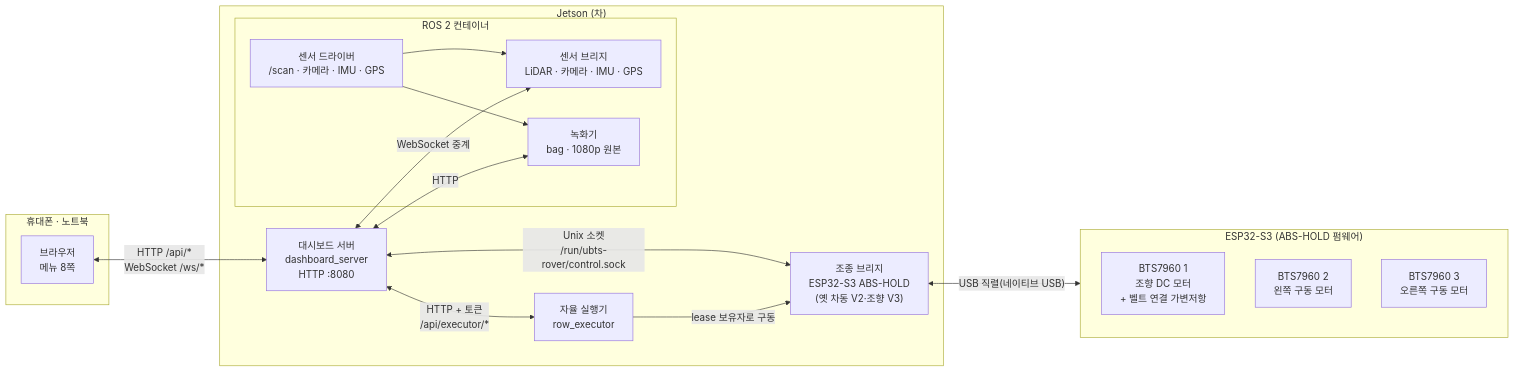
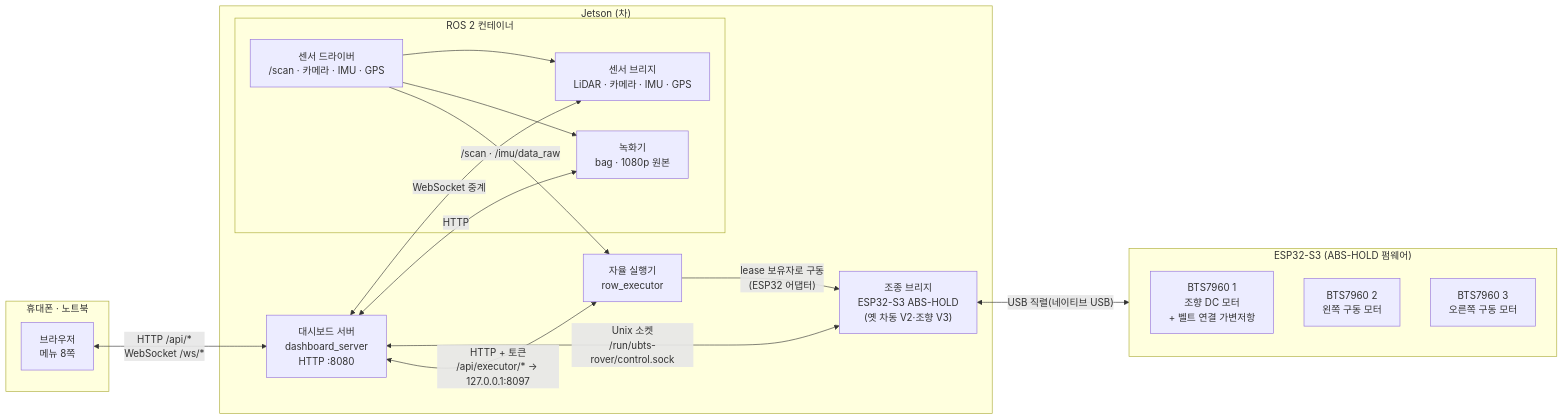
One commit to 2026-BTS-UNI-Car/unist_orachard_dashboard changed the diagram in README.md. Above: the diagram before and after it, drawn with Mermaid. The commit also changed other lines of this file and 9 other files, not shown here.

````diff
--- a/README.md
+++ b/README.md
@@ -121,30 +121,31 @@
 ```mermaid
 flowchart LR
   subgraph PHONE["휴대폰 · 노트북"]
     B["브라우저<br/>메뉴 8쪽"]
   end
   subgraph JET["Jetson (차)"]
     D["대시보드 서버<br/>dashboard_server<br/>HTTP :8080"]
     subgraph ROS["ROS 2 컨테이너"]
       DRV["센서 드라이버<br/>/scan · 카메라 · IMU · GPS"]
       SB["센서 브리지<br/>LiDAR · 카메라 · IMU · GPS"]
       REC["녹화기<br/>bag · 1080p 원본"]
     end
     MB["조종 브리지<br/>ESP32-S3 ABS-HOLD<br/>(옛 차동 V2·조향 V3)"]
     EX["자율 실행기<br/>row_executor"]
   end
   subgraph ESP["ESP32-S3 (ABS-HOLD 펌웨어)"]
     M1["BTS7960 1<br/>조향 DC 모터<br/>+ 벨트 연결 가변저항"]
     M2["BTS7960 2<br/>왼쪽 구동 모터"]
     M3["BTS7960 3<br/>오른쪽 구동 모터"]
   end
   B <-->|"HTTP /api/*<br/>WebSocket /ws/*"| D
   D <-->|"WebSocket 중계"| SB
   DRV --> SB
   DRV --> REC
   D <-->|"HTTP"| REC
   D <-->|"Unix 소켓<br/>/run/ubts-rover/control.sock"| MB
-  D <-->|"HTTP + 토큰<br/>/api/executor/*"| EX
-  EX -->|"lease 보유자로 구동"| MB
+  D <-->|"HTTP + 토큰<br/>/api/executor/* → 127.0.0.1:8097"| EX
+  DRV -->|"/scan · /imu/data_raw"| EX
+  EX -->|"lease 보유자로 구동<br/>(ESP32 어댑터)"| MB
   MB <-->|"USB 직렬(네이티브 USB)"| ESP
 ```
````
